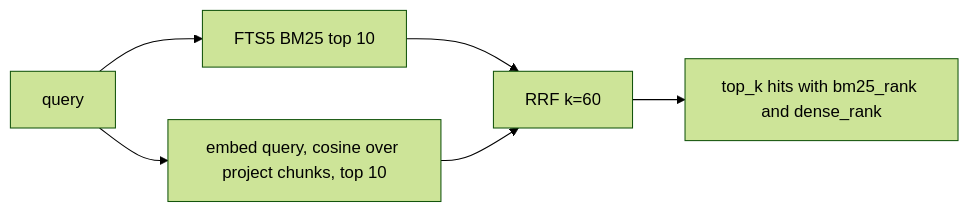
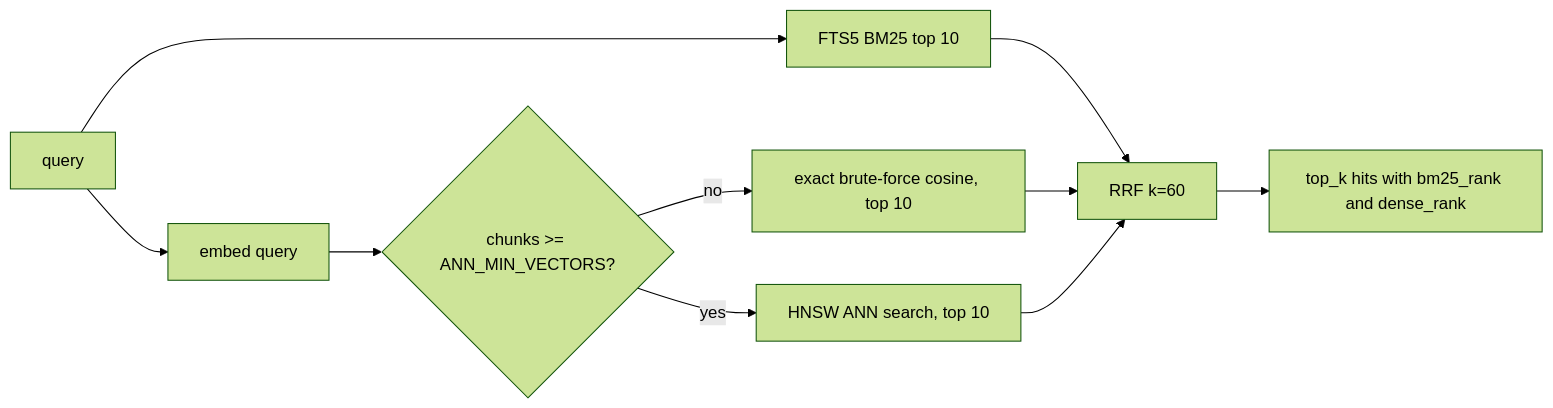
The third of 4 diagrams in docs/BACKEND.md (DeepMehta06/Archlens), drawn with Mermaid (forest theme) before and after one commit. The commit also changed other lines of this file and 1 other file, not shown here.

First line of the commit message:
docs(backend): document rate limiting, ANN index and query reformulation

````diff
--- a/docs/BACKEND.md
+++ b/docs/BACKEND.md
@@ -143,8 +144,12 @@
 ```mermaid
 flowchart LR
   Q["query"] --> B["FTS5 BM25 top 10"]
-  Q --> D["embed query, cosine over project chunks, top 10"]
+  Q --> D["embed query"]
+  D --> N{"chunks >= ANN_MIN_VECTORS?"}
+  N -- no --> X["exact brute-force cosine, top 10"]
+  N -- yes --> H["HNSW ANN search, top 10"]
   B --> F["RRF k=60"]
-  D --> F
+  X --> F
+  H --> F
   F --> R["top_k hits with bm25_rank and dense_rank"]
 ```
````
